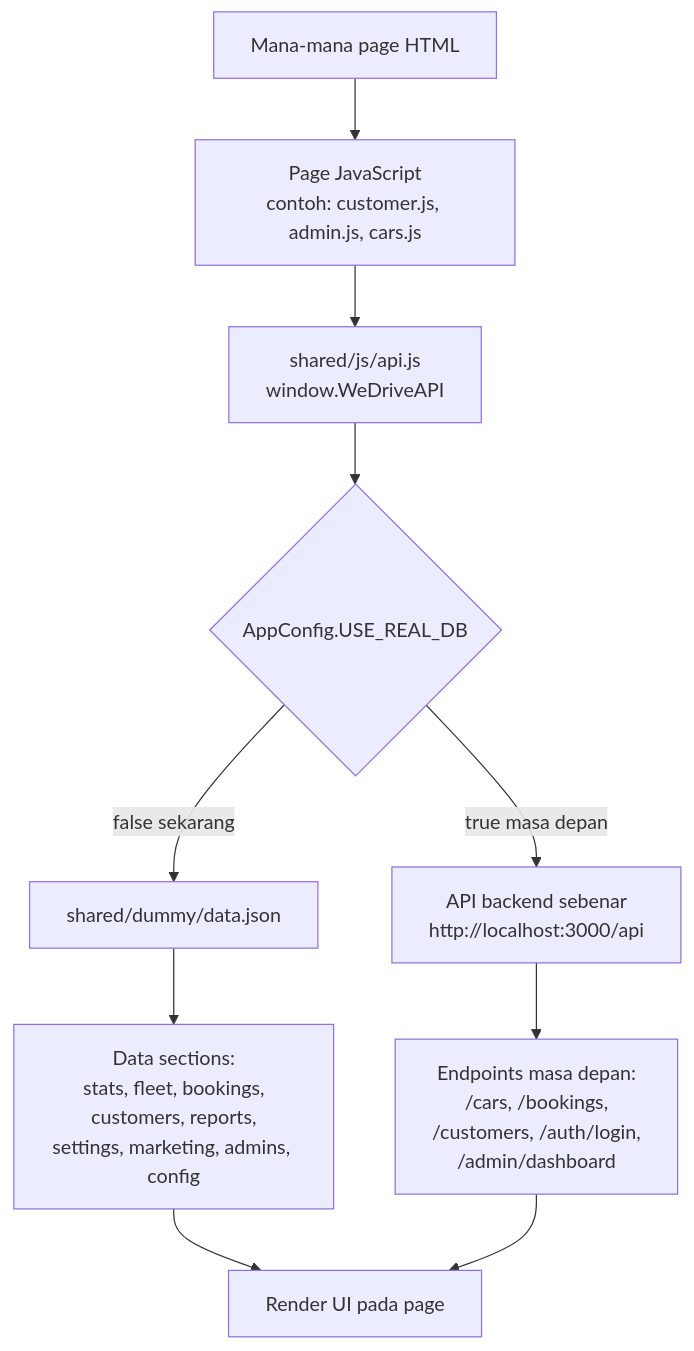
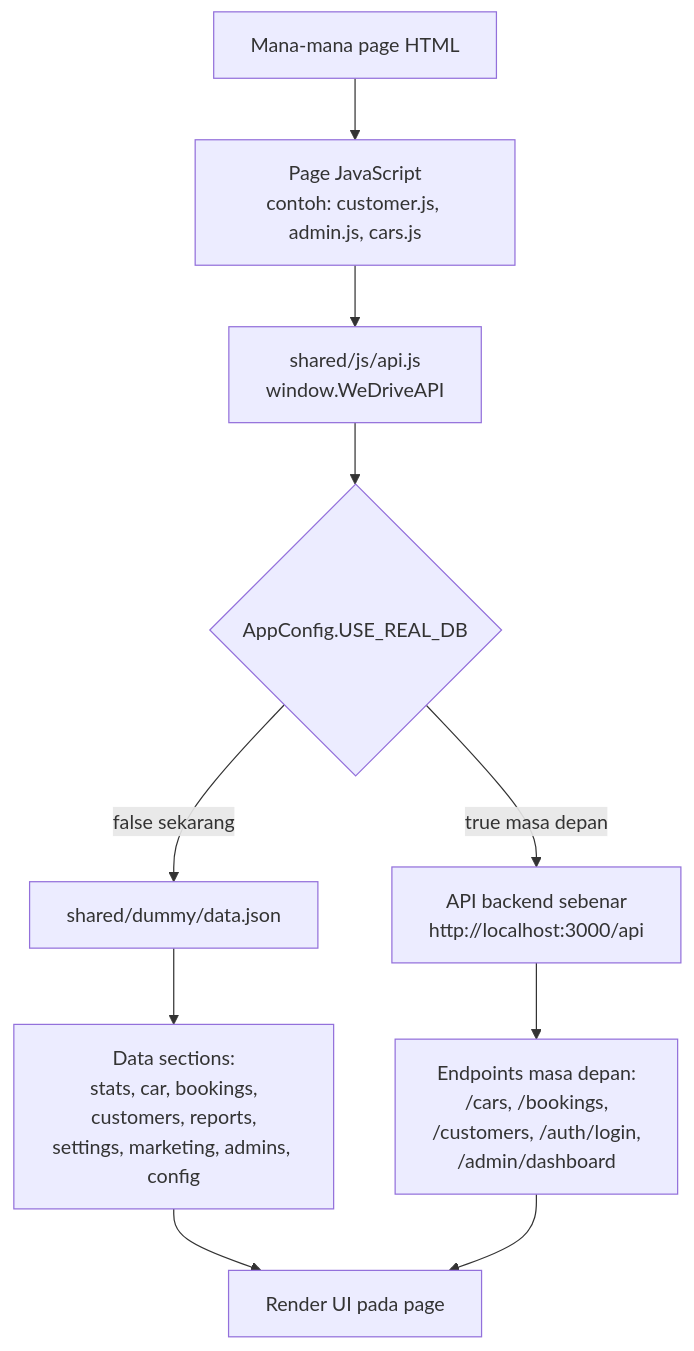
Before and after one commit to hdanial211/WeDRIVE: the second of 20 diagrams in docs/FULL_SYSTEM_FLOWCHART.md, drawn with Mermaid. The commit also changed other lines of this file and 41 other files, not shown here.

Commit message:
5.5.12 Refactoring: Rename fleet terminology to car across language files and loaders

````diff
--- a/docs/FULL_SYSTEM_FLOWCHART.md
+++ b/docs/FULL_SYSTEM_FLOWCHART.md
@@ -42,16 +42,16 @@
 ```mermaid
 flowchart TD
     PAGE["Mana-mana page HTML"] --> PAGE_JS["Page JavaScript<br/>contoh: customer.js, admin.js, cars.js"]
     PAGE_JS --> API["shared/js/api.js<br/>window.WeDriveAPI"]
 
     API --> DB_SWITCH{"AppConfig.USE_REAL_DB"}
 
     DB_SWITCH -->|false sekarang| DUMMY["shared/dummy/data.json"]
     DB_SWITCH -->|true masa depan| BACKEND["API backend sebenar<br/>http://localhost:3000/api"]
 
-    DUMMY --> DATA_SECTIONS["Data sections:<br/>stats, fleet, bookings,<br/>customers, reports,<br/>settings, marketing, admins, config"]
+    DUMMY --> DATA_SECTIONS["Data sections:<br/>stats, car, bookings,<br/>customers, reports,<br/>settings, marketing, admins, config"]
     BACKEND --> ENDPOINTS["Endpoints masa depan:<br/>/cars, /bookings,<br/>/customers, /auth/login,<br/>/admin/dashboard"]
 
     DATA_SECTIONS --> RENDER["Render UI pada page"]
     ENDPOINTS --> RENDER
 ```
````
